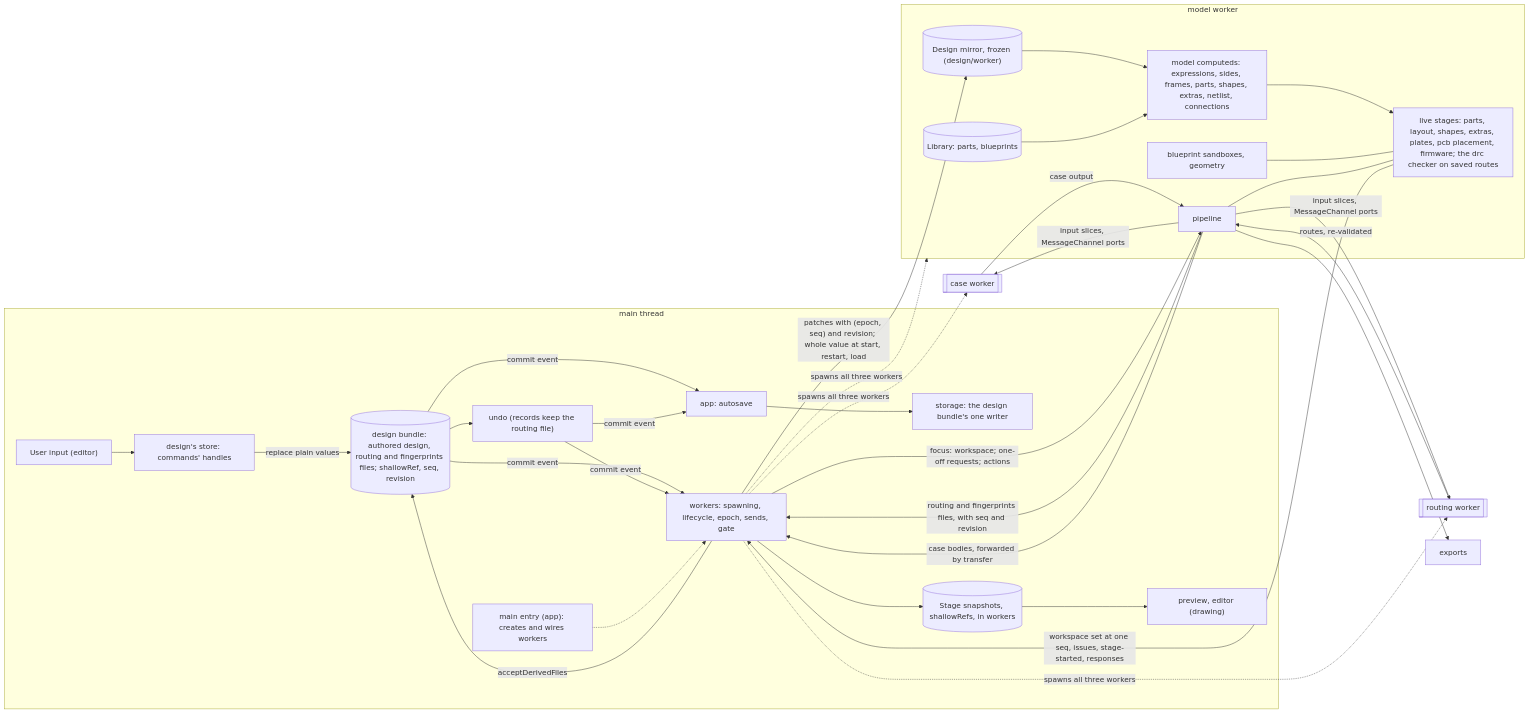
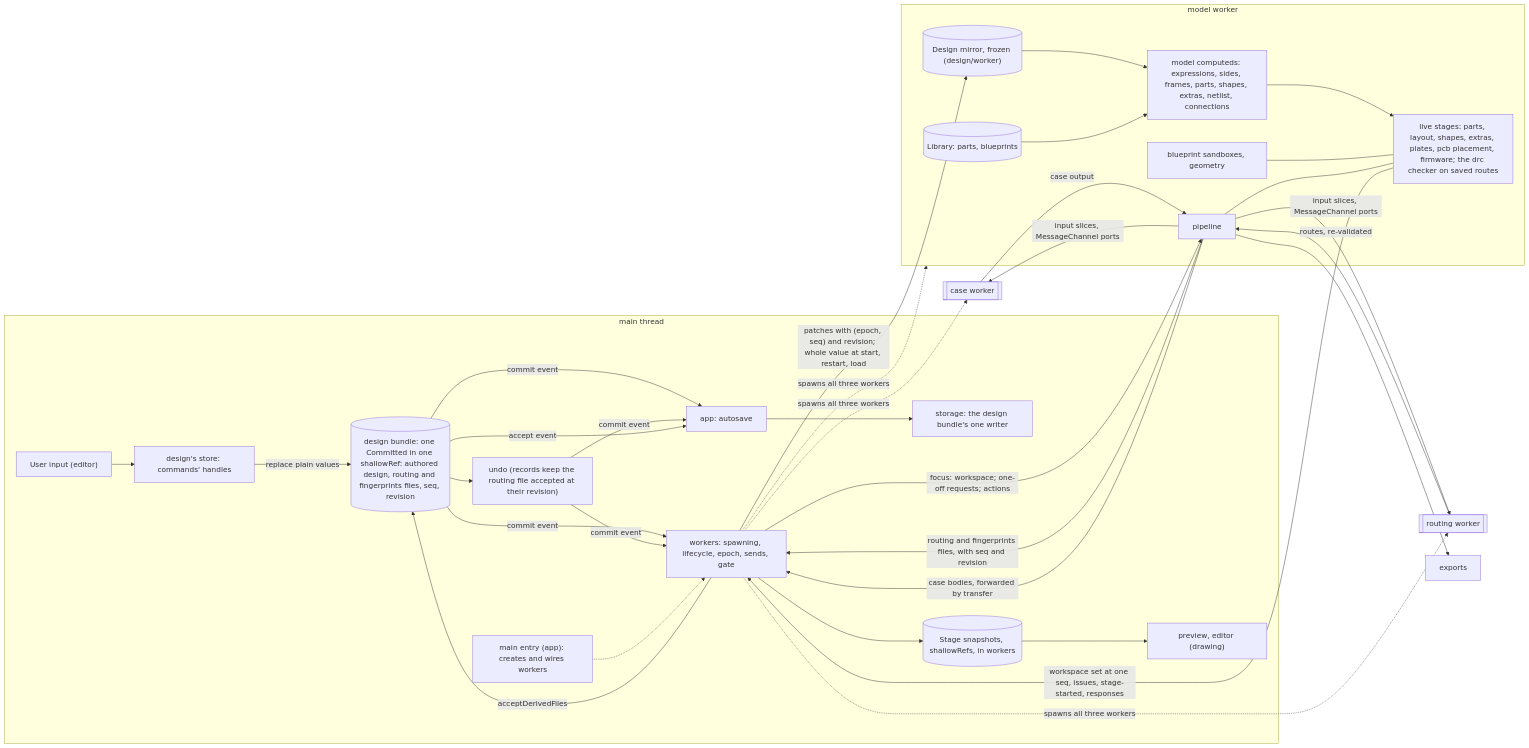
One commit to KeebCAD/keeb-cad changed the first of 4 diagrams in _bmad-output/architecture-keeb-cad-layout-model/architecture-keeb-cad-layout-model.md. Above: the diagram before and after it, drawn with Mermaid. The commit also changed other lines of this file and 4 other files, not shown here.

````diff
--- a/_bmad-output/architecture-keeb-cad-layout-model/architecture-keeb-cad-layout-model.md
+++ b/_bmad-output/architecture-keeb-cad-layout-model/architecture-keeb-cad-layout-model.md
@@ -151,31 +151,32 @@
 ```mermaid
 graph LR
   subgraph Main [main thread]
     U["User input (editor)"] --> C["design's store: commands' handles"]
-    C -->|replace plain values| D[("design bundle: authored design, routing and fingerprints files; shallowRef, seq, revision")]
-    D --> UN["undo (records keep the routing file)"]
+    C -->|replace plain values| D[("design bundle: one Committed in one shallowRef: authored design, routing and fingerprints files, seq, revision")]
+    D --> UN["undo (records keep the routing file accepted at their revision)"]
     D & UN -->|commit event| LK["workers: spawning, lifecycle, epoch, sends, gate"]
     D & UN -->|commit event| AS["app: autosave"]
+    D -->|accept event| AS
     AS --> ST["storage: the design bundle's one writer"]
     LK --> SN[(Stage snapshots, shallowRefs, in workers)] --> PV["preview, editor (drawing)"]
     LK -->|acceptDerivedFiles| D
     EN["main entry (app): creates and wires workers"] -.-> LK
   end
   subgraph MW [model worker]
     DM[("Design mirror, frozen (design/worker)")] --> R["model computeds: expressions, sides, frames, parts, shapes, extras, netlist, connections"]
     CAT[(Library: parts, blueprints)] --> R
     R --> LS["live stages: parts, layout, shapes, extras, plates, pcb placement, firmware; the drc checker on saved routes"]
     BS[blueprint sandboxes, geometry] --- LS
     PL[pipeline] --- LS
   end
   LK -.->|spawns all three workers| MW & CS & RT
   LK -->|"patches with (epoch, seq) and revision; whole value at start, restart, load"| DM
   LK -->|"focus: workspace; one-off requests; actions"| PL
   LS -->|"workspace set at one seq, issues, stage-started, responses"| LK
   PL -->|"routing and fingerprints files, with seq and revision"| LK
   PL -->|"input slices, MessageChannel ports"| CS[[case worker]] & RT[[routing worker]]
   RT -->|routes, re-validated| PL
   CS -->|case output| PL
   PL -->|case bodies, forwarded by transfer| LK
   PL --> EX[exports]
 ```
````
